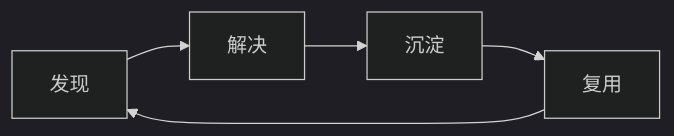
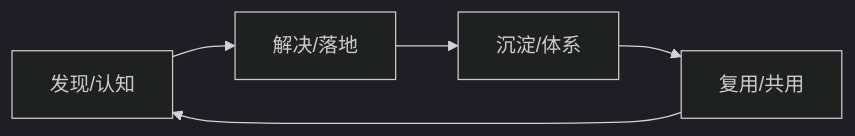
The diagram in 中台.md (laashub/laas), drawn with Mermaid (dark theme) before and after one commit. The commit also changed other lines of this file, not shown here.

````diff
--- a/中台.md
+++ b/中台.md
@@ -9,7 +11,7 @@
 ```mermaid
 graph LR;
-A[发现] -->B[解决];
-B --> C[沉淀];
-C --> D[复用];
+A[发现/认知] -->B[解决/落地];
+B --> C[沉淀/体系];
+C --> D[复用/共用];
 D --> A;
 ```
````
